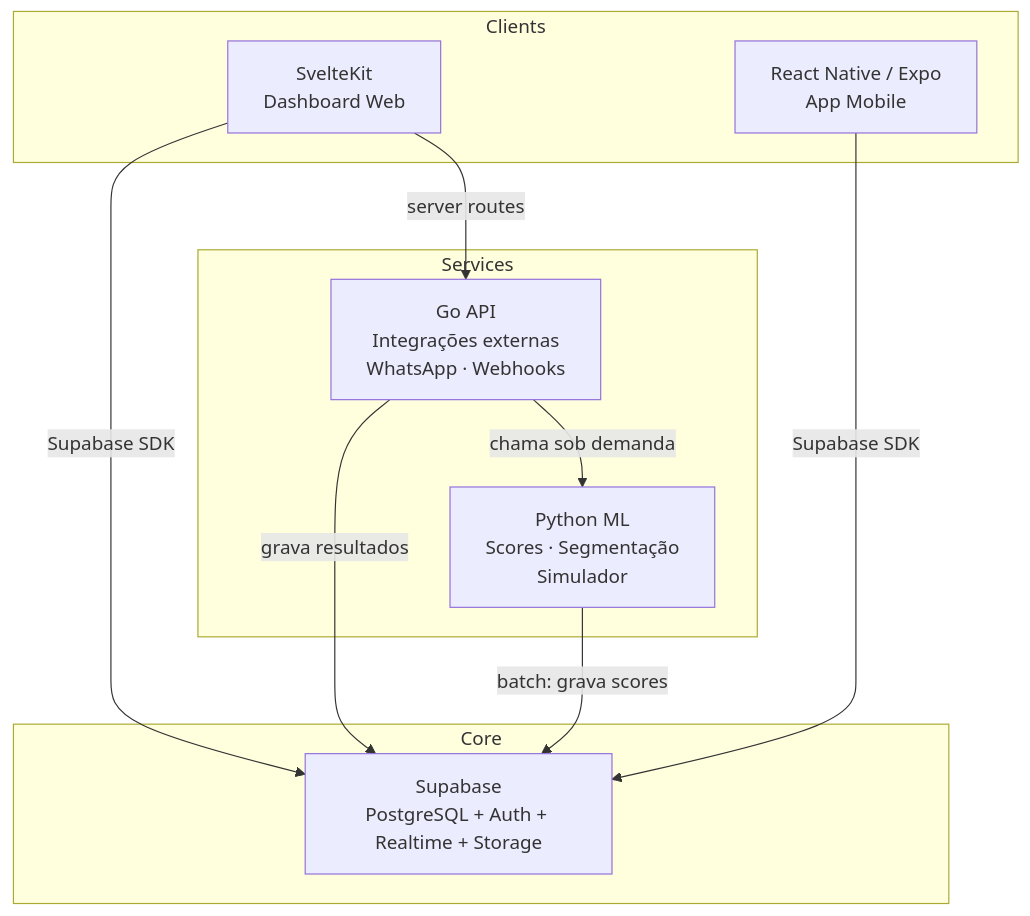
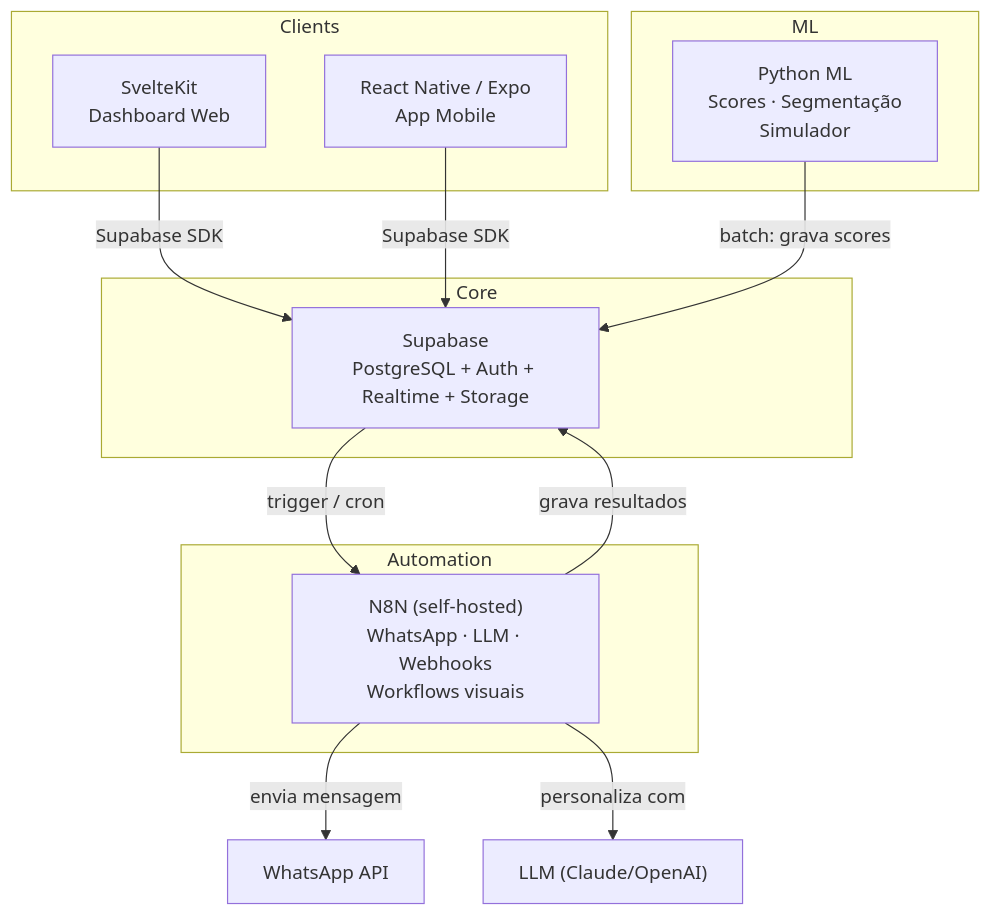
One commit to fwd-ford/forward-docs changed the first of 5 diagrams in project/03_SOLUTION_DESIGN.md. Above: the diagram before and after it, drawn with Mermaid. The commit also changed other lines of this file and 1 other file, not shown here.

First line of the commit message:
docs: substituir Go API por N8N na arquitetura

````diff
--- a/project/03_SOLUTION_DESIGN.md
+++ b/project/03_SOLUTION_DESIGN.md
@@ -56,23 +56,27 @@
 ```mermaid
 flowchart TB
     subgraph Clients
         WEB["SvelteKit\nDashboard Web"]
         MOB["React Native / Expo\nApp Mobile"]
     end
 
     subgraph Core
         SB["Supabase\nPostgreSQL + Auth + Realtime + Storage"]
     end
 
-    subgraph Services
-        GO["Go API\nIntegrações externas\nWhatsApp · Webhooks"]
+    subgraph Automation
+        N8N["N8N (self-hosted)\nWhatsApp · LLM · Webhooks\nWorkflows visuais"]
+    end
+
+    subgraph ML
         PY["Python ML\nScores · Segmentação\nSimulador"]
     end
 
     WEB -->|"Supabase SDK"| SB
     MOB -->|"Supabase SDK"| SB
-    WEB -->|"server routes"| GO
-    GO -->|"grava resultados"| SB
+    SB -->|"trigger / cron"| N8N
+    N8N -->|"envia mensagem"| WA["WhatsApp API"]
+    N8N -->|"personaliza com"| LLM["LLM (Claude/OpenAI)"]
+    N8N -->|"grava resultados"| SB
     PY -->|"batch: grava scores"| SB
-    GO -->|"chama sob demanda"| PY
 ```
````
